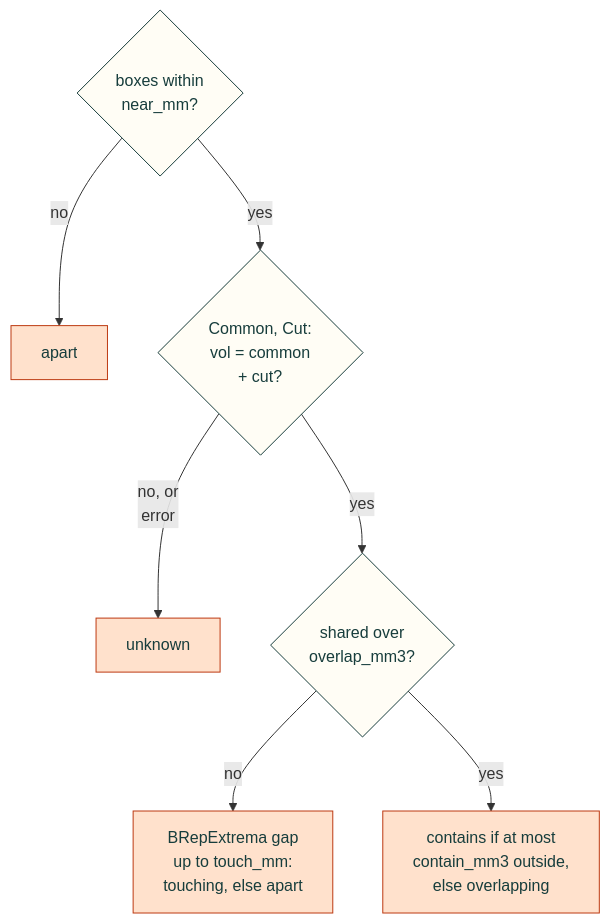
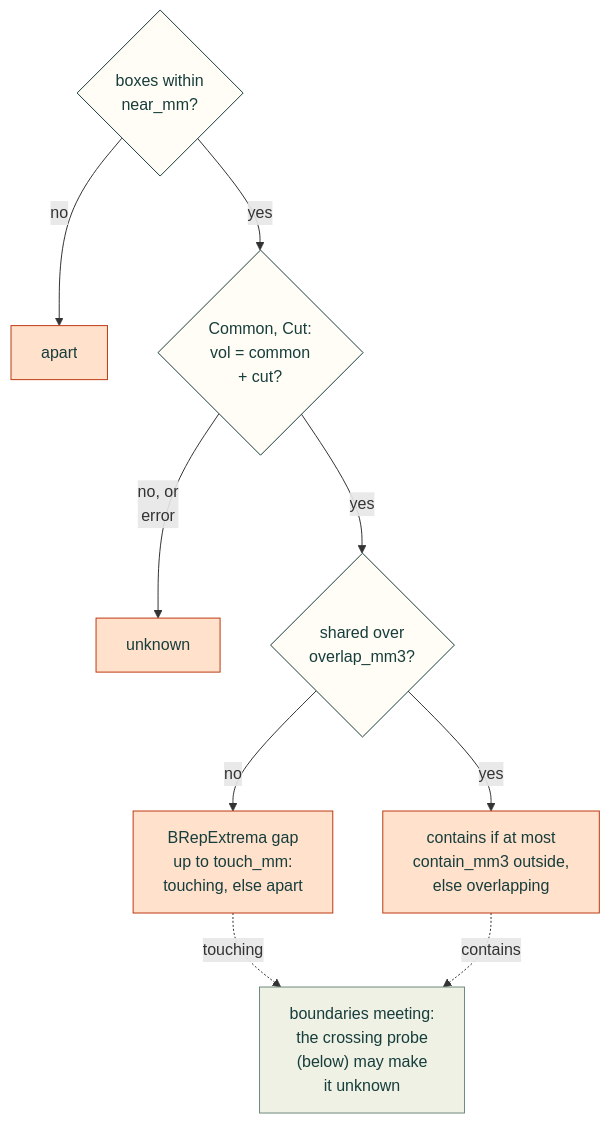
Before and after one commit to Valpatel/cad-agent: the second of 3 diagrams in docs/gates.md, drawn with Mermaid. The commit also changed other lines of this file and 5 other files, not shown here.

````diff
--- a/docs/gates.md
+++ b/docs/gates.md
@@ -122,14 +122,17 @@
 ```mermaid
 flowchart TD
     P{"boxes within<br/>near_mm?"} -->|"no"| A1["apart"]
     P -->|"yes"| C{"Common, Cut:<br/>vol = common<br/>+ cut?"}
     C -->|"no, or<br/>error"| U["unknown"]
     C -->|"yes"| V{"shared over<br/>overlap_mm3?"}
     V -->|"no"| D["BRepExtrema gap<br/>up to touch_mm:<br/>touching, else apart"]
     V -->|"yes"| I["contains if at most<br/>contain_mm3 outside,<br/>else overlapping"]
+    D -.->|"touching"| X["boundaries meeting:<br/>the crossing probe<br/>(below) may make<br/>it unknown"]
+    I -.->|"contains"| X
     classDef here fill:#fffdf5,stroke:#173d3c,color:#173d3c
     classDef near fill:#eef1e4,stroke:#6f8a80,color:#173d3c
     classDef out fill:#ffe1cc,stroke:#bd3a12,color:#173d3c
     class P,C,V here
     class A1,U,D,I out
+    class X near
 ```
````
